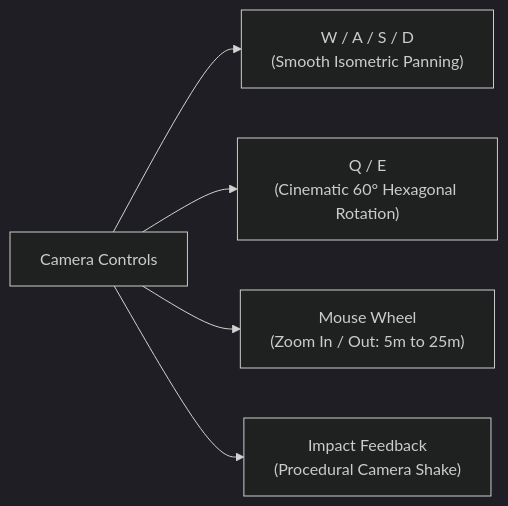
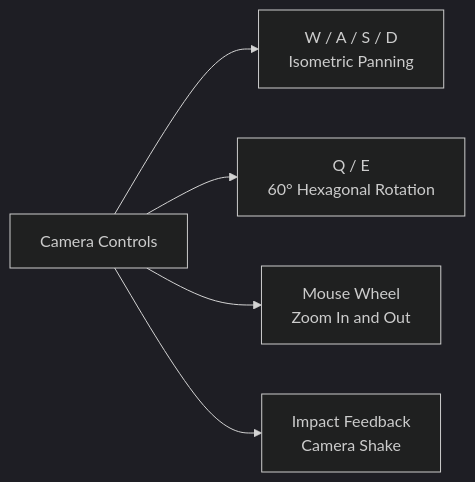
One commit to HackerMan998/ElementalHexTactics3D changed the diagram in wiki/01-Overview-and-Controls.md. Above: the diagram before and after it, drawn with Mermaid (dark theme). The commit also changed 7 other files, not shown here.

Commit message:
docs: sync mermaid diagram fixes to wiki folder

````diff
--- a/wiki/01-Overview-and-Controls.md
+++ b/wiki/01-Overview-and-Controls.md
@@ -18,7 +18,7 @@
 ```mermaid
 flowchart LR
-    A["Camera Controls"] --> B["W / A / S / D\n(Smooth Isometric Panning)"]
-    A --> C["Q / E\n(Cinematic 60° Hexagonal Rotation)"]
-    A --> D["Mouse Wheel\n(Zoom In / Out: 5m to 25m)"]
-    A --> E["Impact Feedback\n(Procedural Camera Shake)"]
+    A["Camera Controls"] --> B["W / A / S / D<br/>Isometric Panning"]
+    A --> C["Q / E<br/>60° Hexagonal Rotation"]
+    A --> D["Mouse Wheel<br/>Zoom In and Out"]
+    A --> E["Impact Feedback<br/>Camera Shake"]
 ```
````
